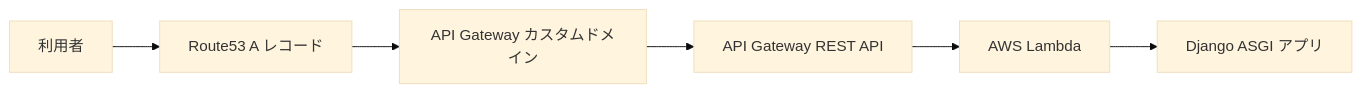
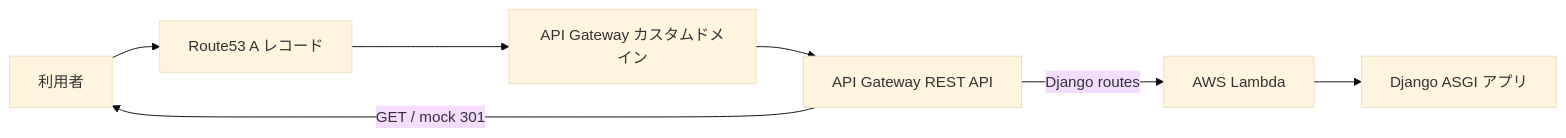
The first of 2 diagrams in docs/architecture.md (cobaemon/ServerlessPortfolio), drawn with Mermaid (base theme) before and after one commit. The commit also changed other lines of this file and 3 other files, not shown here.

````diff
--- a/docs/architecture.md
+++ b/docs/architecture.md
@@ -11,11 +11,13 @@
 ```mermaid
 flowchart LR
     User["利用者"]
     Route53["Route53 A レコード"]
     Domain["API Gateway カスタムドメイン"]
     Api["API Gateway REST API"]
     Lambda["AWS Lambda"]
     Django["Django ASGI アプリ"]
 
-    User --> Route53 --> Domain --> Api --> Lambda --> Django
+    User --> Route53 --> Domain --> Api
+    Api -->|"GET / mock 301"| User
+    Api -->|"Django routes"| Lambda --> Django
 ```
````
